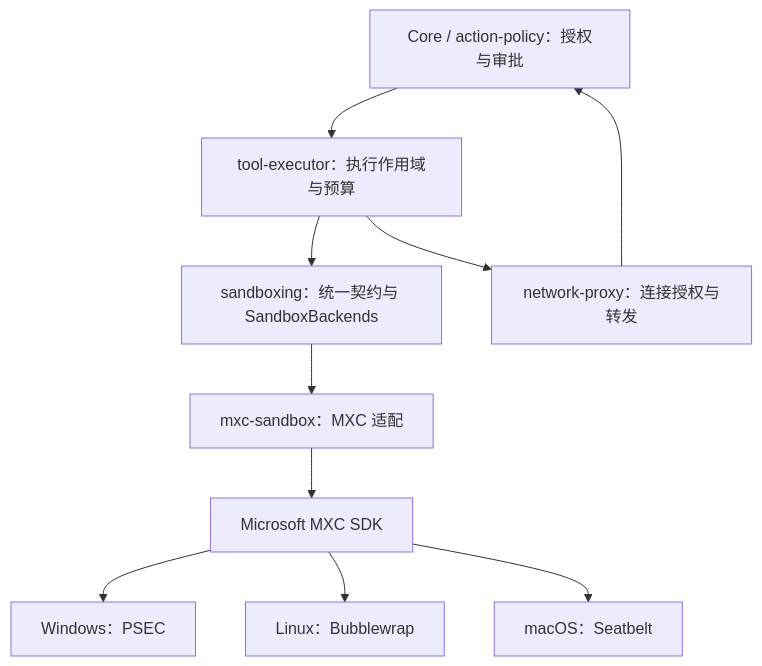
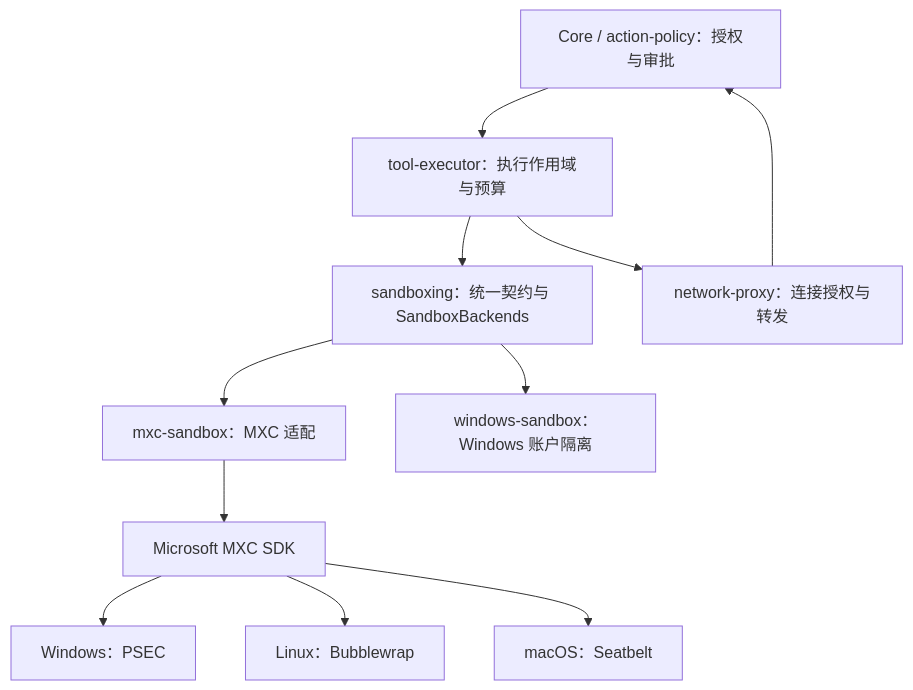
The diagram in docs/sandboxing.md (chogng/zeta), drawn with Mermaid before and after one commit. The commit also changed other lines of this file and 33 other files, not shown here.

First line of the commit message:
Refactor Windows Sandbox: Enhance Proxy and Runtime Logic

````diff
--- a/docs/sandboxing.md
+++ b/docs/sandboxing.md
@@ -7,12 +7,13 @@
 ```mermaid
 flowchart TD
     core["Core / action-policy：授权与审批"] --> executor["tool-executor：执行作用域与预算"]
     executor --> contract["sandboxing：统一契约与 SandboxBackends"]
     contract --> adapter["mxc-sandbox：MXC 适配"]
+    contract --> account["windows-sandbox：Windows 账户隔离"]
     adapter --> sdk["Microsoft MXC SDK"]
     sdk --> windows["Windows：PSEC"]
     sdk --> linux["Linux：Bubblewrap"]
     sdk --> macos["macOS：Seatbelt"]
     executor --> proxy["network-proxy：连接授权与转发"]
     proxy --> core
 ```
````
